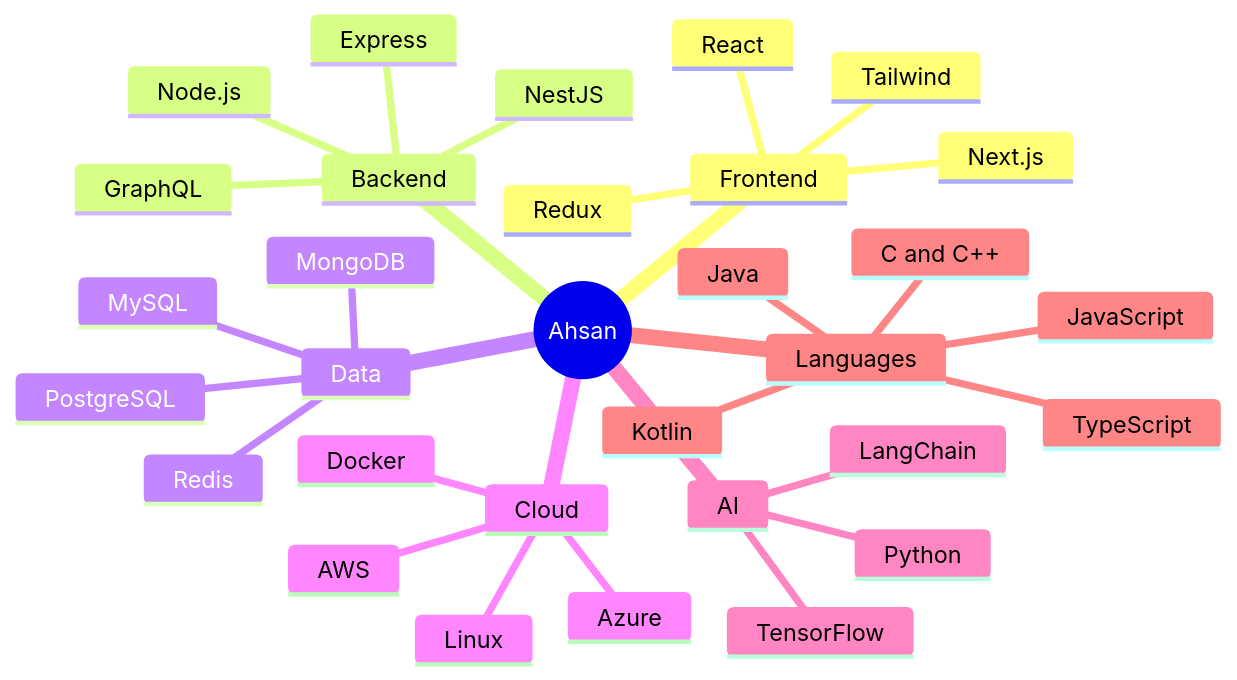
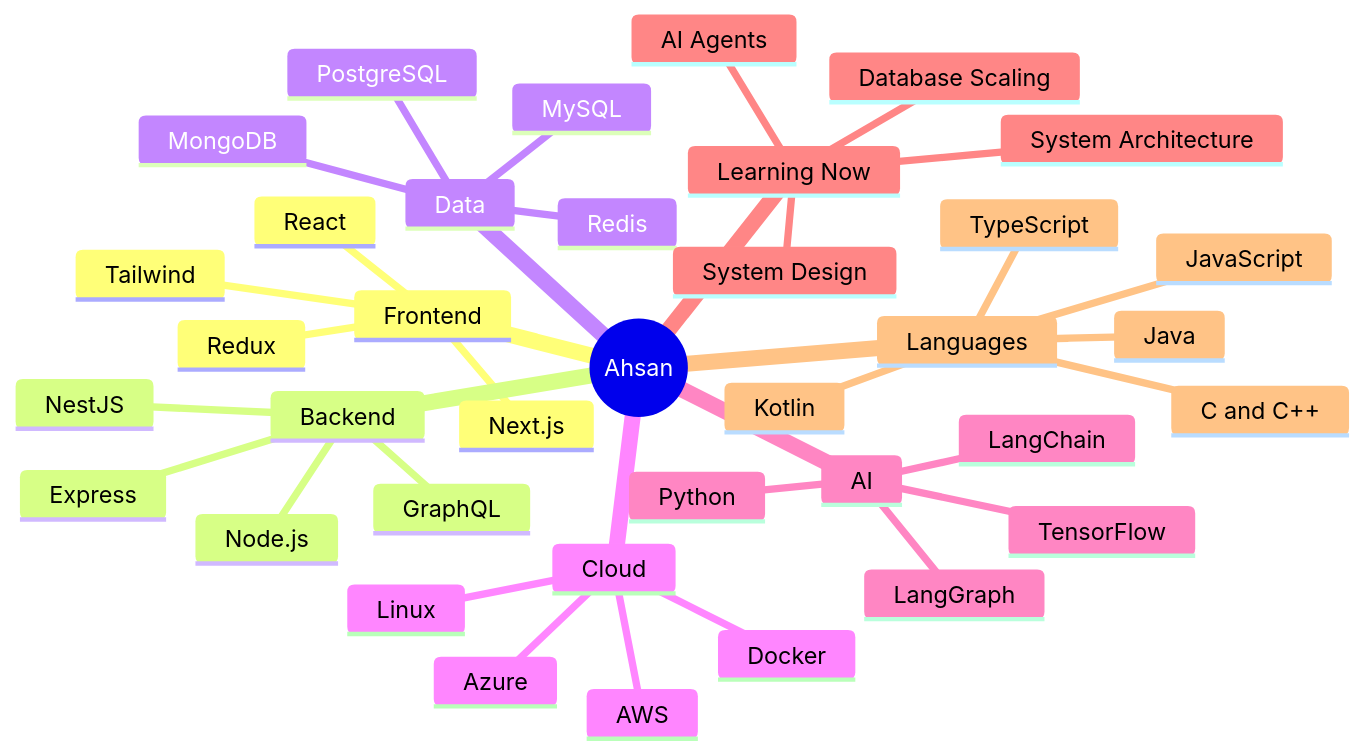
One commit to ahsanfarooq210/ahsanfarooq210 changed the second of 2 diagrams in README.md. Above: the diagram before and after it, drawn with Mermaid. The commit also changed other lines of this file, not shown here.

````diff
--- a/README.md
+++ b/README.md
@@ -140,34 +144,40 @@
 ```mermaid
 mindmap
   root((Ahsan))
     Frontend
       React
       Next.js
       Redux
       Tailwind
     Backend
       Node.js
       Express
       NestJS
       GraphQL
     Data
       MongoDB
       PostgreSQL
       MySQL
       Redis
     Cloud
       AWS
       Azure
       Docker
       Linux
     AI
       Python
       TensorFlow
       LangChain
+      LangGraph
+    Learning Now
+      System Design
+      System Architecture
+      Database Scaling
+      AI Agents
     Languages
       TypeScript
       JavaScript
       Java
       Kotlin
       C and C++
 ```
````
